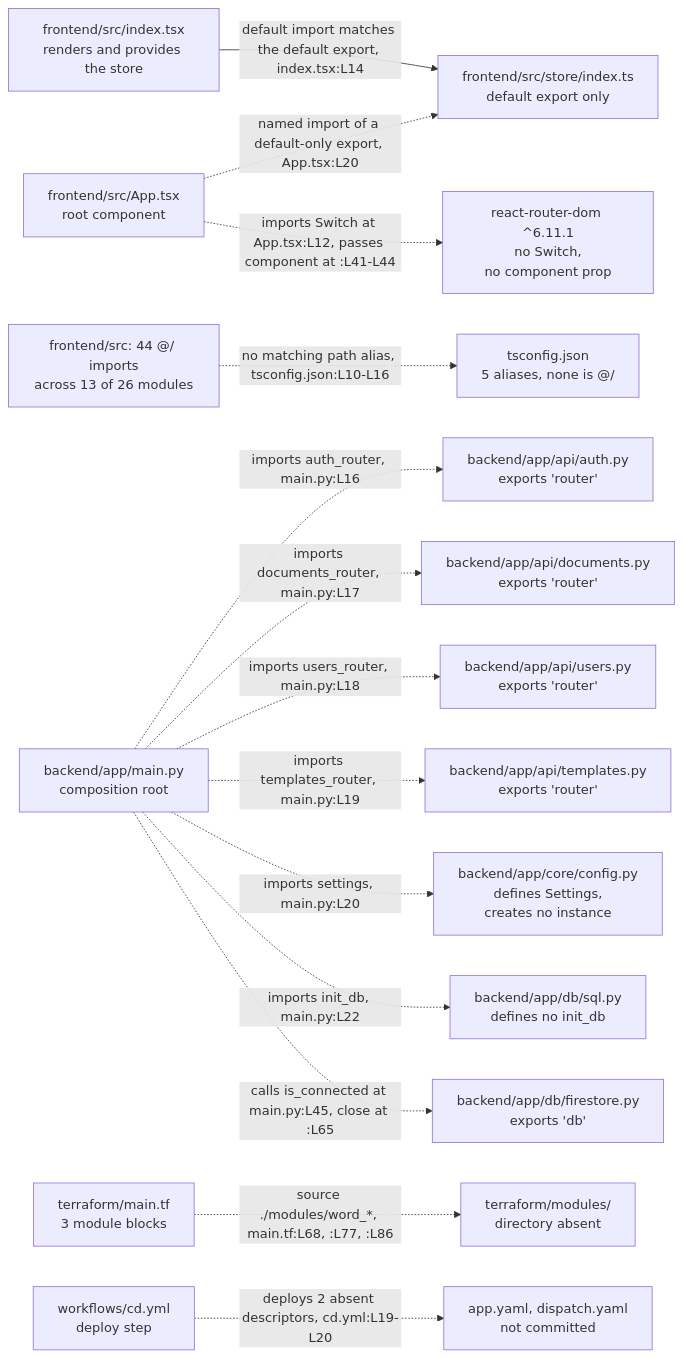
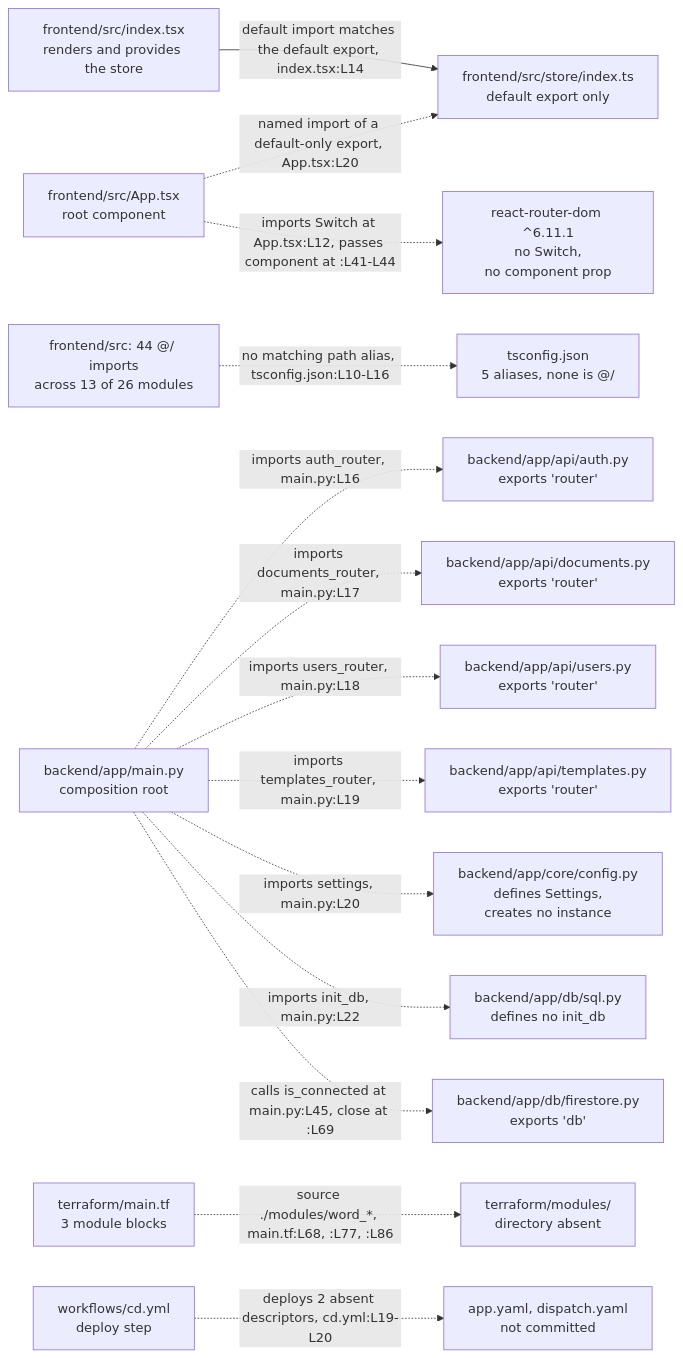
The second of 2 diagrams in docs/architecture-overview.md (blitzy-public-samples/microsoft-word-u33ko0), drawn with Mermaid before and after one commit. The commit also changed other lines of this file and 27 other files, not shown here.

````diff
--- a/docs/architecture-overview.md
+++ b/docs/architecture-overview.md
@@ -243,45 +245,45 @@
 ```mermaid
 graph LR
     accTitle: The broken-edge overlay, every unresolvable link dashed and labelled
     accDescr: The same skeleton redrawn so that each link which cannot resolve is dashed and labelled. Seven dashed edges leave the composition root. One solid edge marks the single import form that matches its target.
     INDEX["frontend/src/index.tsx<br/>renders and provides the store"]
     APP["frontend/src/App.tsx<br/>root component"]
     STORE2["frontend/src/store/index.ts<br/>default export only"]
     ALIAS["frontend/src: 44 @/ imports<br/>across 13 of 26 modules"]
 
     MAIN2["backend/app/main.py<br/>composition root"]
     AUTHR["backend/app/api/auth.py<br/>exports 'router'"]
     DOCR["backend/app/api/documents.py<br/>exports 'router'"]
     USERR["backend/app/api/users.py<br/>exports 'router'"]
     TMPLR["backend/app/api/templates.py<br/>exports 'router'"]
     CFG["backend/app/core/config.py<br/>defines Settings,<br/>creates no instance"]
     SQLA["backend/app/db/sql.py<br/>defines no init_db"]
     FSA["backend/app/db/firestore.py<br/>exports 'db'"]
 
     TSC["tsconfig.json<br/>5 aliases, none is @/"]
     RRD["react-router-dom ^6.11.1<br/>no Switch,<br/>no component prop"]
     TERRA["terraform/main.tf<br/>3 module blocks"]
     TFMOD["terraform/modules/<br/>directory absent"]
     CD["workflows/cd.yml<br/>deploy step"]
     DESC["app.yaml, dispatch.yaml<br/>not committed"]
 
     INDEX -->|"default import matches the default export, index.tsx:L14"| STORE2
 
     MAIN2 -.->|"imports auth_router, main.py:L16"| AUTHR
     MAIN2 -.->|"imports documents_router, main.py:L17"| DOCR
     MAIN2 -.->|"imports users_router, main.py:L18"| USERR
     MAIN2 -.->|"imports templates_router, main.py:L19"| TMPLR
     MAIN2 -.->|"imports settings, main.py:L20"| CFG
     MAIN2 -.->|"imports init_db, main.py:L22"| SQLA
-    MAIN2 -.->|"calls is_connected at main.py:L45, close at :L65"| FSA
+    MAIN2 -.->|"calls is_connected at main.py:L45, close at :L69"| FSA
     APP -.->|"named import of a default-only export, App.tsx:L20"| STORE2
     APP -.->|"imports Switch at App.tsx:L12, passes component at :L41-L44"| RRD
     ALIAS -.->|"no matching path alias, tsconfig.json:L10-L16"| TSC
     TERRA -.->|"source ./modules/word_*, main.tf:L68, :L77, :L86"| TFMOD
     CD -.->|"deploys 2 absent descriptors, cd.yml:L19-L20"| DESC
 
 %% Dashed edges cannot resolve. The solid edge marks the one import form that matches
 %% its target, and contrasts with the dashed edge reaching that same target from App.tsx.
 %% Each node label carries its own directory, so the frontend and backend halves stay legible
 %% without a cluster box around them.
 ```
````
